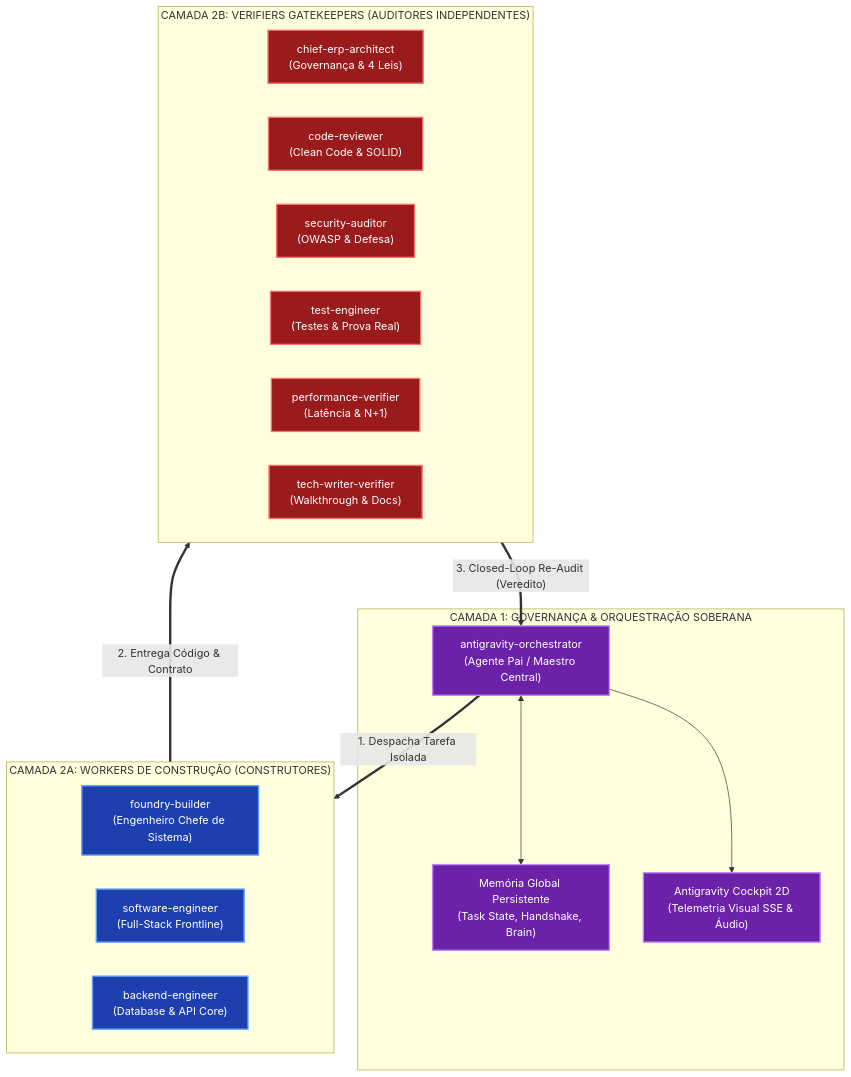
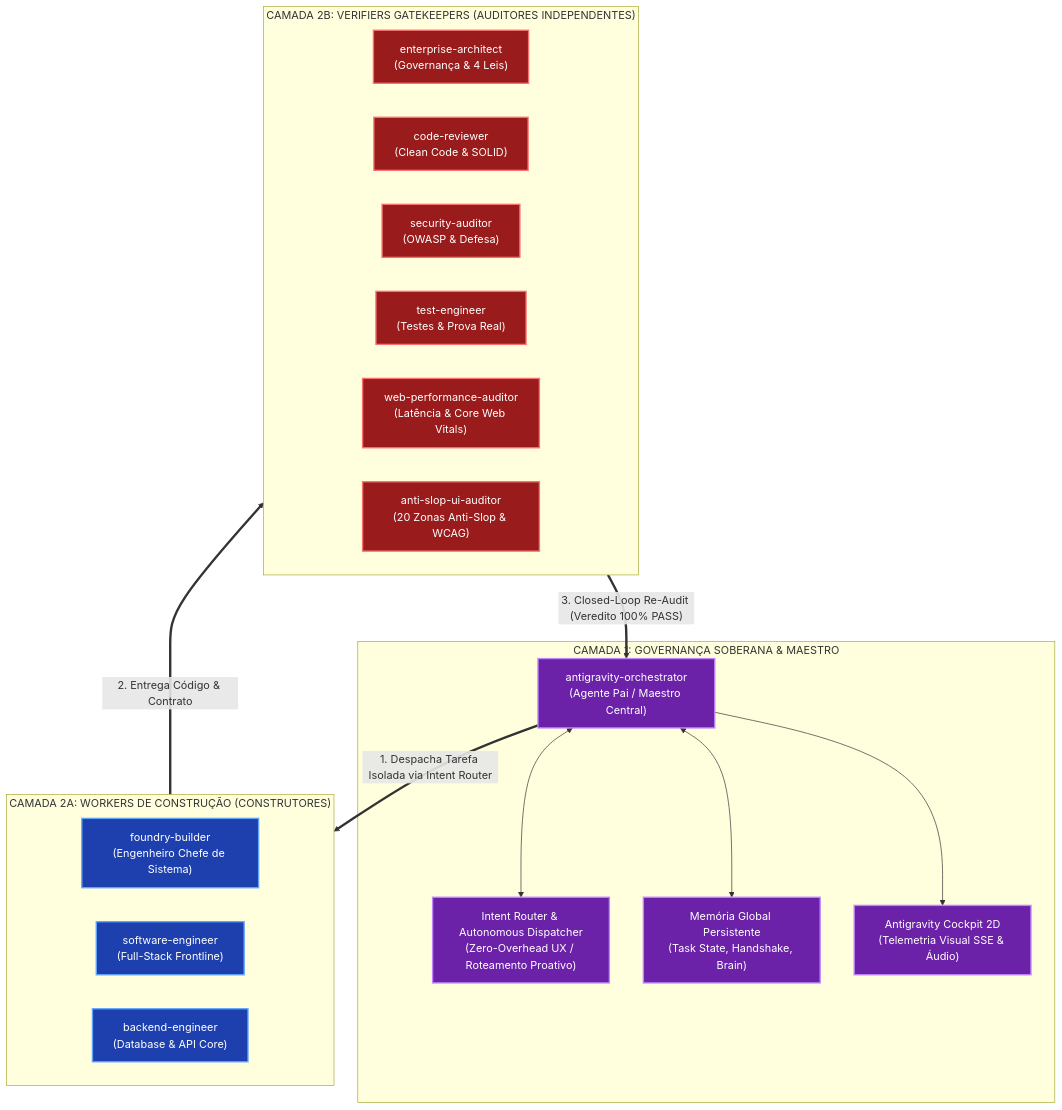
Before and after one commit to mrcodingdev/antigravity-foundry: the second of 3 diagrams in docs/01_ARCHITECTURE.md, drawn with Mermaid. The commit also changed other lines of this file and 6 other files, not shown here.

Commit message:
feat: add proactive autonomous routing and zero-overhead UX documentation

````diff
--- a/docs/01_ARCHITECTURE.md
+++ b/docs/01_ARCHITECTURE.md
@@ -41,38 +41,40 @@
 ```mermaid
 flowchart TB
-    subgraph Layer1 ["CAMADA 1: GOVERNANÇA & ORQUESTRAÇÃO SOBERANA"]
+    subgraph Layer1 ["CAMADA 1: GOVERNANÇA SOBERANA & MAESTRO"]
         Maestro["antigravity-orchestrator<br/>(Agente Pai / Maestro Central)"]
+        Router["Intent Router & Autonomous Dispatcher<br/>(Zero-Overhead UX / Roteamento Proativo)"]
         State["Memória Global Persistente<br/>(Task State, Handshake, Brain)"]
         Cockpit["Antigravity Cockpit 2D<br/>(Telemetria Visual SSE & Áudio)"]
+        Maestro <--> Router
         Maestro <--> State
         Maestro --> Cockpit
     end
 
     subgraph Layer2Workers ["CAMADA 2A: WORKERS DE CONSTRUÇÃO (CONSTRUTORES)"]
         direction LR
         W1["foundry-builder<br/>(Engenheiro Chefe de Sistema)"]
         W2["software-engineer<br/>(Full-Stack Frontline)"]
         W3["backend-engineer<br/>(Database & API Core)"]
     end
 
     subgraph Layer2Verifiers ["CAMADA 2B: VERIFIERS GATEKEEPERS (AUDITORES INDEPENDENTES)"]
         direction LR
-        V1["chief-erp-architect<br/>(Governança & 4 Leis)"]
+        V1["enterprise-architect<br/>(Governança & 4 Leis)"]
         V2["code-reviewer<br/>(Clean Code & SOLID)"]
         V3["security-auditor<br/>(OWASP & Defesa)"]
         V4["test-engineer<br/>(Testes & Prova Real)"]
-        V5["performance-verifier<br/>(Latência & N+1)"]
-        V6["tech-writer-verifier<br/>(Walkthrough & Docs)"]
+        V5["web-performance-auditor<br/>(Latência & Core Web Vitals)"]
+        V6["anti-slop-ui-auditor<br/>(20 Zonas Anti-Slop & WCAG)"]
     end
 
-    Maestro ==>|"1. Despacha Tarefa Isolada"| Layer2Workers
+    Maestro ==>|"1. Despacha Tarefa Isolada via Intent Router"| Layer2Workers
     Layer2Workers ==>|"2. Entrega Código & Contrato"| Layer2Verifiers
-    Layer2Verifiers ==>|"3. Closed-Loop Re-Audit (Veredito)"| Maestro
+    Layer2Verifiers ==>|"3. Closed-Loop Re-Audit (Veredito 100% PASS)"| Maestro
 
     classDef orch fill:#6b21a8,stroke:#c084fc,stroke-width:2px,color:#fff;
     classDef worker fill:#1e40af,stroke:#60a5fa,stroke-width:2px,color:#fff;
     classDef verifier fill:#991b1b,stroke:#f87171,stroke-width:2px,color:#fff;
-    class Maestro,State,Cockpit orch;
+    class Maestro,Router,State,Cockpit orch;
     class W1,W2,W3 worker;
     class V1,V2,V3,V4,V5,V6 verifier;
 ```
````
